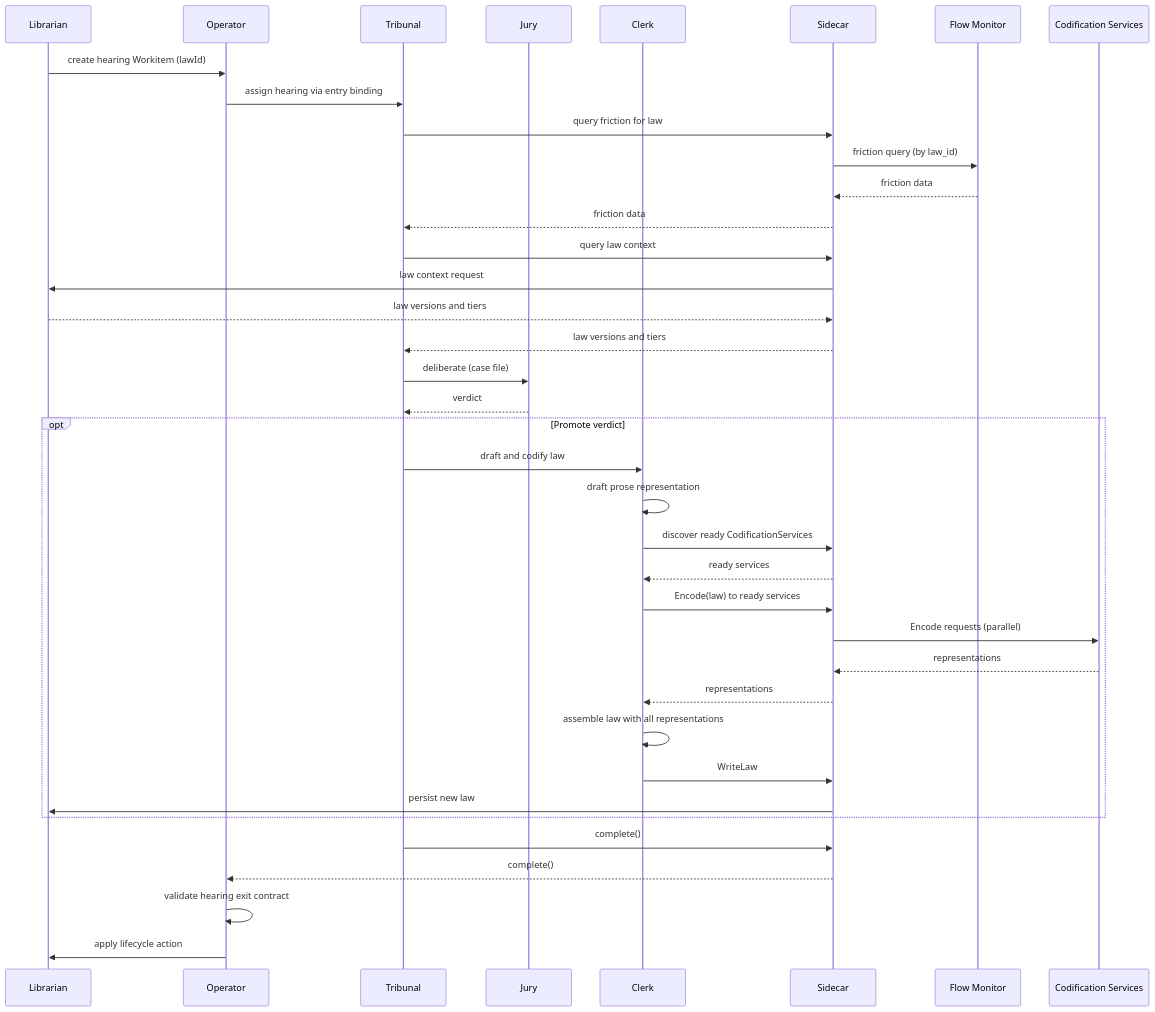
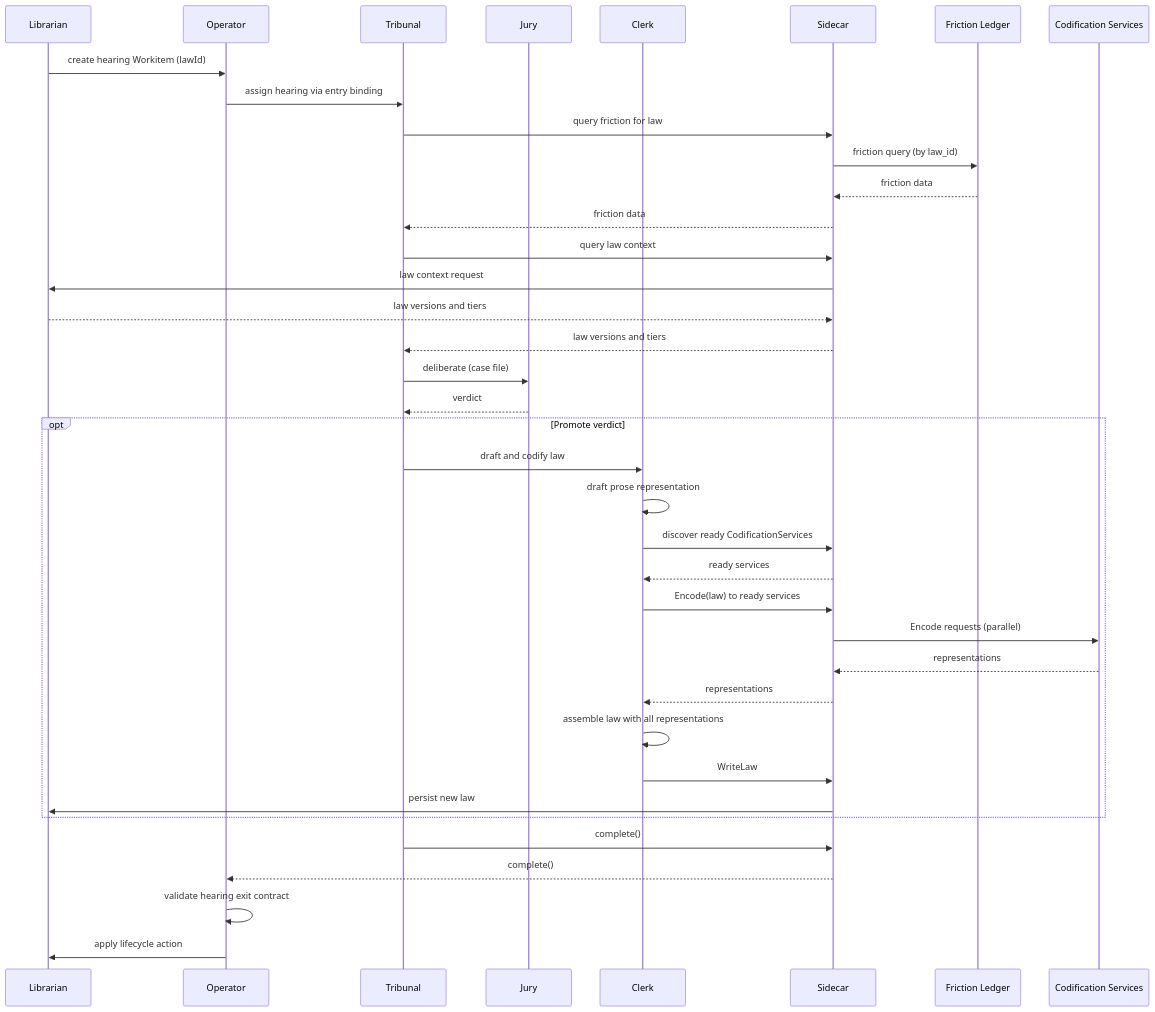
The fourth of 4 diagrams in specs/02-flow/04-system-services.md (really-knows-ai/gideas), drawn with Mermaid before and after one commit. The commit also changed other lines of this file and 49 other files, not shown here.

First line of the commit message:
feat: introduce Flow Event Bus and Friction Ledger as dedicated services, narrowing Flow Monitor to a stateless pipeline adapter

````diff
--- a/specs/02-flow/04-system-services.md
+++ b/specs/02-flow/04-system-services.md
@@ -295,41 +380,41 @@
 ```mermaid
 sequenceDiagram
     participant LB as Librarian
     participant OP as Operator
     participant TB as Tribunal
     participant JR as Jury
     participant CL as Clerk
     participant SC as Sidecar
-    participant FM as Flow Monitor
+    participant FL as Friction Ledger
     participant CS as Codification Services
 
     LB->>OP: create hearing Workitem (lawId)
     OP->>TB: assign hearing via entry binding
     TB->>SC: query friction for law
-    SC->>FM: friction query (by law_id)
-    FM-->>SC: friction data
+    SC->>FL: friction query (by law_id)
+    FL-->>SC: friction data
     SC-->>TB: friction data
     TB->>SC: query law context
     SC->>LB: law context request
     LB-->>SC: law versions and tiers
     SC-->>TB: law versions and tiers
     TB->>JR: deliberate (case file)
     JR-->>TB: verdict
     opt Promote verdict
         TB->>CL: draft and codify law
         CL->>CL: draft prose representation
         CL->>SC: discover ready CodificationServices
         SC-->>CL: ready services
         CL->>SC: Encode(law) to ready services
         SC->>CS: Encode requests (parallel)
         CS-->>SC: representations
         SC-->>CL: representations
         CL->>CL: assemble law with all representations
         CL->>SC: WriteLaw
         SC->>LB: persist new law
     end
     TB->>SC: complete()
     SC-->>OP: complete()
     OP->>OP: validate hearing exit contract
     OP->>LB: apply lifecycle action
 ```
````
